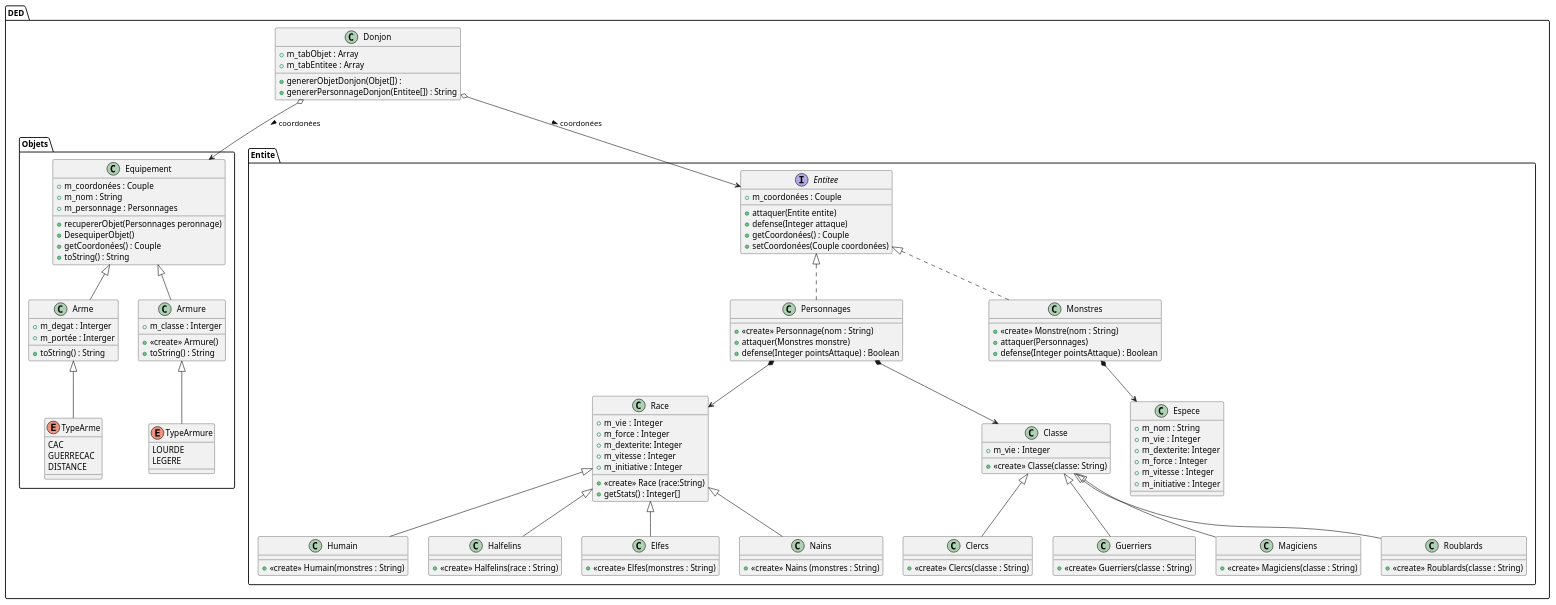
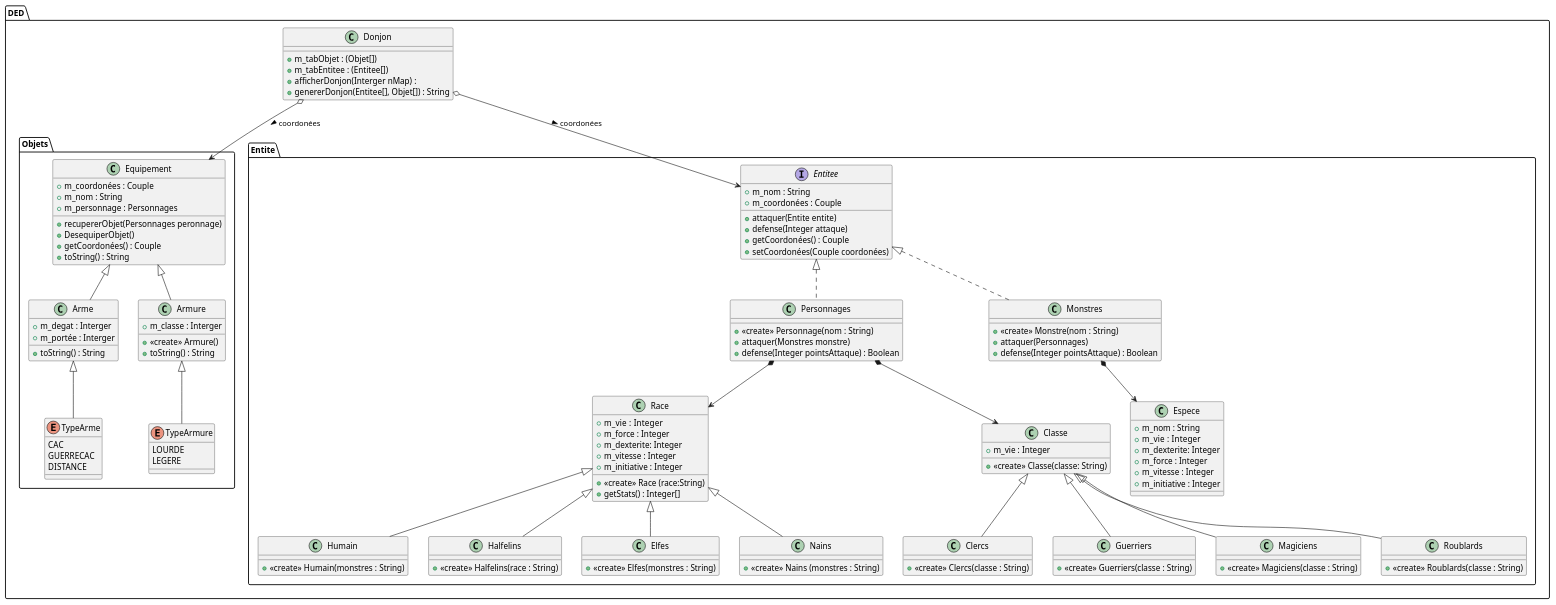
One commit to prise12/Donjons-et-Dragons changed the diagram in uml/umlDeD.puml. Above: the diagram before and after it, drawn with PlantUML. The commit also changed 1 other file, not shown here.

Commit message:
Creation Donjon

```diff
--- a/uml/umlDeD.puml
+++ b/uml/umlDeD.puml
@@ -1,175 +1,177 @@
 @startuml
 'https://plantuml.com/class-diagram
 scale 1
 
 package DED{
 
     package Objets {
 
 
 
         class Equipement {
             + m_coordonées : Couple
             + m_nom : String
             + m_personnage : Personnages
             + recupererObjet(Personnages peronnage)
             + DesequiperObjet()
             + getCoordonées() : Couple
             + toString() : String
 
         }
 
         class Arme extends Equipement
         {
 
                 + m_degat : Interger
                 + m_portée : Interger
                 + toString() : String
         }
 
         enum TypeArme extends Arme
         {
             CAC
             GUERRECAC
             DISTANCE
         }
 
         class Armure extends Equipement
         {
                 + <<create>> Armure()
                 + m_classe : Interger
                 + toString() : String
         }
 
         enum TypeArmure    extends Armure
         {
             LOURDE
             LEGERE
         }
 
     }
 
     package Entite {
             interface Entitee
             {
+                + m_nom : String
                 + m_coordonées : Couple
                 + attaquer(Entite entite)
                 + defense(Integer attaque)
                 + getCoordonées() : Couple
                 + setCoordonées(Couple coordonées)
             }
 
             class Personnages implements Entitee
             {
                 +<<create>> Personnage(nom : String)
                 +attaquer(Monstres monstre)
                 +defense(Integer pointsAttaque) : Boolean
             }
 
             class Race
             {
                 + <<create>> Race (race:String)
                 + m_vie  : Integer
                 + m_force : Integer
                 + m_dexterite: Integer
                 + m_vitesse : Integer
                 + m_initiative : Integer
                 + getStats() : Integer[]
 
             }
 
             class Humain extends Race
             {
                 +<<create>> Humain(monstres : String)
 
             }
 
             class Halfelins extends Race
             {
                 +<<create>> Halfelins(race : String)
 
             }
 
             class Elfes extends Race
             {
                 +<<create>> Elfes(monstres : String)
 
             }
 
             class Nains extends Race
             {
                 +<<create>> Nains (monstres : String)
 
             }
 
             class Classe
             {
                 +<<create>> Classe(classe: String)
                 +m_vie : Integer
             }
 
             class Clercs extends Classe
             {
                 +<<create>> Clercs(classe : String)
 
 
             }
 
             class Guerriers extends Classe
             {
                 +<<create>> Guerriers(classe : String)
 
             }
 
             class Magiciens extends Classe
             {
                 +<<create>> Magiciens(classe : String)
             }
 
             class Roublards extends Classe
             {
                 +<<create>> Roublards(classe : String)
             }
 
             class Monstres implements Entitee
             {
+
                 +<<create>> Monstre(nom : String)
                 +attaquer(Personnages)
                 +defense(Integer pointsAttaque) : Boolean
             }
 
             class Espece
             {
                 +m_nom : String
                 +m_vie  : Integer
                 +m_dexterite: Integer
                 +m_force : Integer
                 +m_vitesse : Integer
                 +m_initiative : Integer
             }
 
     }
 
 
     class Donjon
     {
 
-        + m_tabObjet : Array
-        + m_tabEntitee : Array
-        + genererObjetDonjon(Objet[]) :
-        + genererPersonnageDonjon(Entitee[]) : String
+        + m_tabObjet : (Objet[])
+        + m_tabEntitee : (Entitee[])
+        + afficherDonjon(Interger nMap) :
+        + genererDonjon(Entitee[], Objet[]) : String
     }
 
 }
 
 
 Donjon o--> Equipement : > coordonées
 Donjon o--> Entitee: > coordonées
 Personnages *--> Race
 Personnages *--> Classe
 Monstres *--> Espece
 
 
 
 
 @enduml
```
